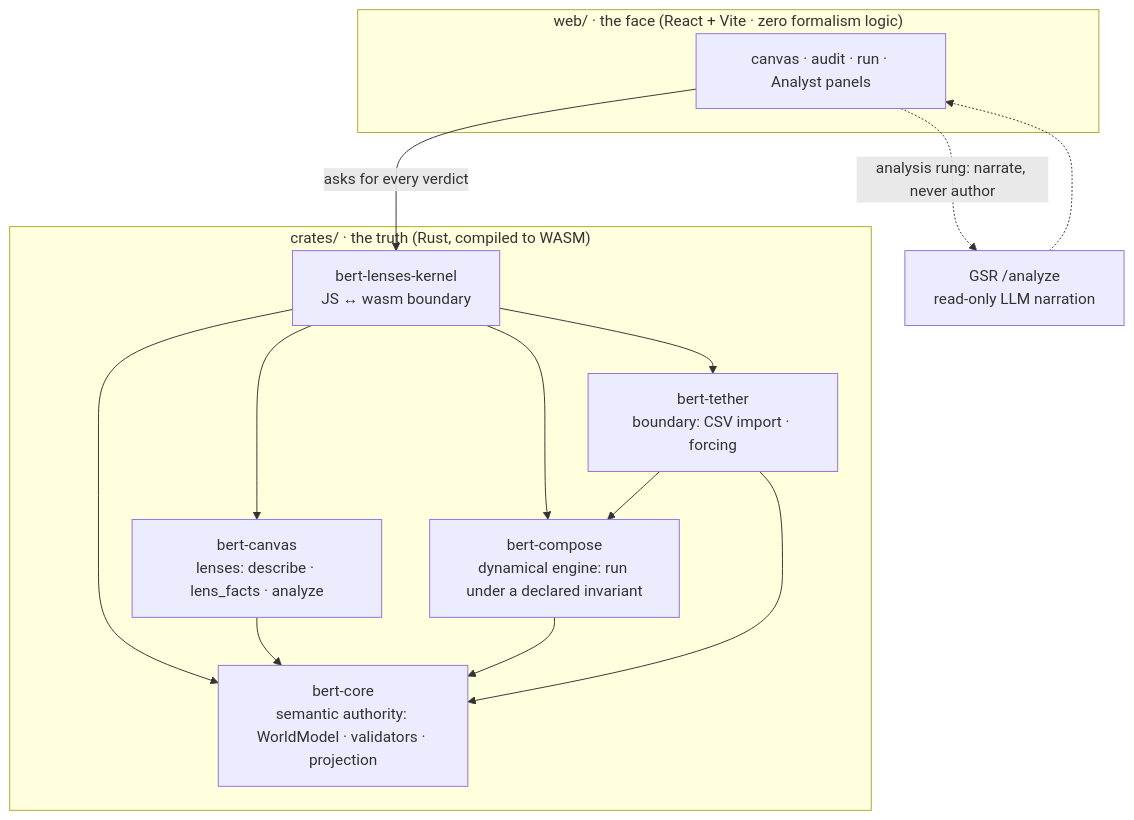
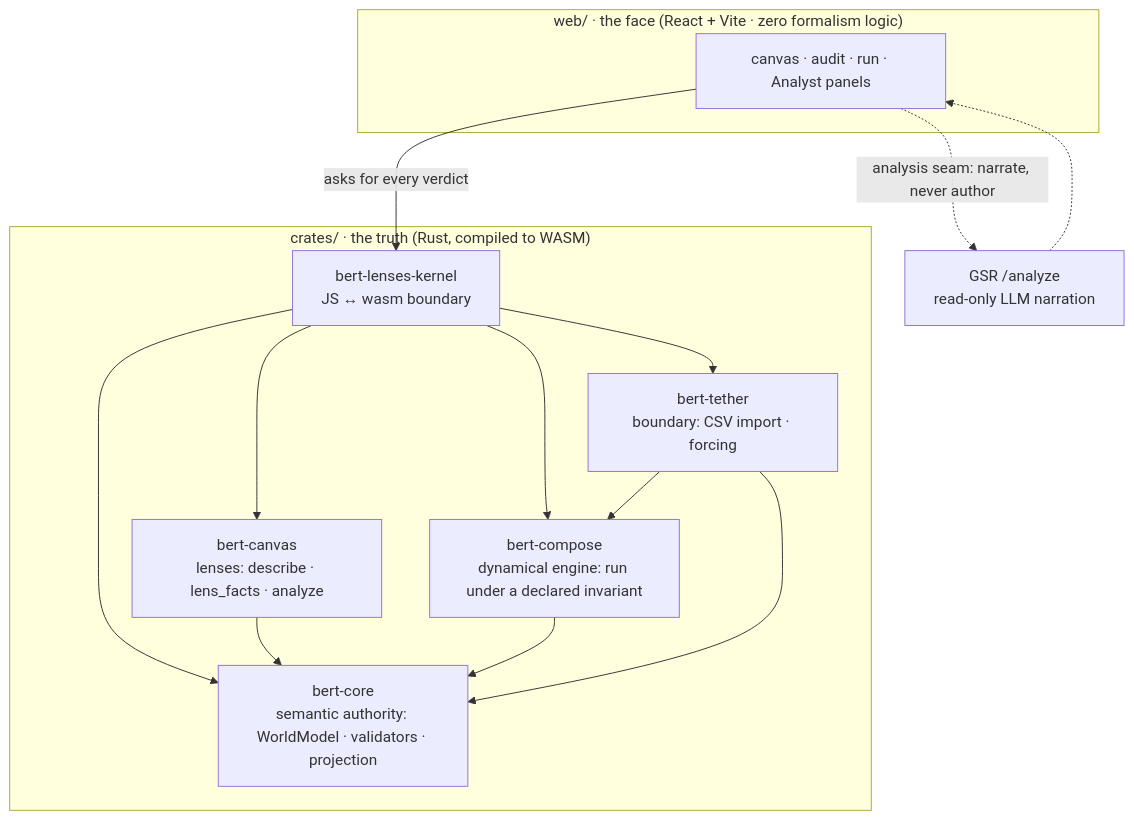
The diagram in README.md (halcyonic-systems/facets), drawn with Mermaid before and after one commit. The commit also changed other lines of this file and 40 other files, not shown here.

````diff
--- a/README.md
+++ b/README.md
@@ -236,21 +241,21 @@
 ```mermaid
 flowchart TB
     subgraph FACE["web/ · the face (React + Vite · zero formalism logic)"]
         UI["canvas · audit · run · Analyst panels"]
     end
     subgraph TRUTH["crates/ · the truth (Rust, compiled to WASM)"]
         KERNEL["bert-lenses-kernel<br/>JS ↔ wasm boundary"]
         CANVAS["bert-canvas<br/>lenses: describe · lens_facts · analyze"]
         COMPOSE["bert-compose<br/>dynamical engine: run under a declared invariant"]
         TETHER["bert-tether<br/>boundary: CSV import · forcing"]
         CORE["bert-core<br/>semantic authority: WorldModel · validators · projection"]
     end
     GSR["GSR /analyze<br/>read-only LLM narration"]
     UI -->|asks for every verdict| KERNEL
     KERNEL --> CANVAS & COMPOSE & TETHER & CORE
     CANVAS --> CORE
     COMPOSE --> CORE
     TETHER --> COMPOSE & CORE
-    UI -.->|analysis rung: narrate, never author| GSR
+    UI -.->|analysis seam: narrate, never author| GSR
     GSR -.-> UI
 ```
````
